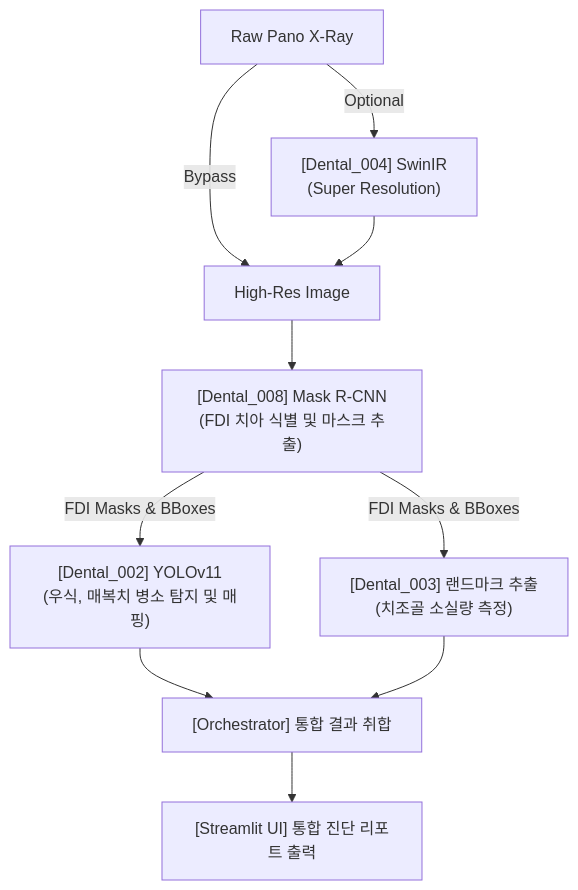
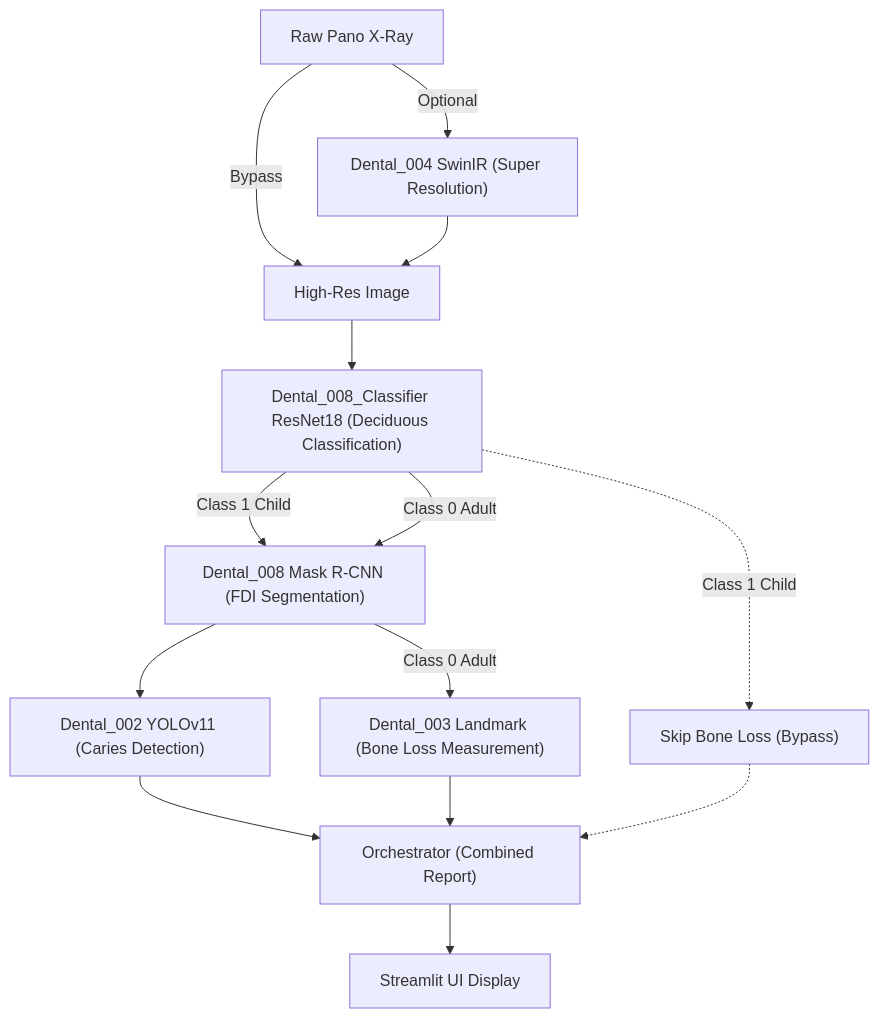
One commit to HyunchanAn/Dental_Panoramic_Reader changed the diagram in README.md. Above: the diagram before and after it, drawn with Mermaid.

````diff
--- a/README.md
+++ b/README.md
@@ -12,16 +12,22 @@
 ```mermaid
 graph TD
-    A["Raw Pano X-Ray"] -->|Optional| B["[Dental_004] SwinIR<br>(Super Resolution)"]
+    A["Raw Pano X-Ray"] -->|Optional| B["Dental_004 SwinIR (Super Resolution)"]
     A -->|Bypass| C["Base Image"]
     B --> C["High-Res Image"]
     
-    C --> D["[Dental_008] Mask R-CNN<br>(FDI 치아 식별 및 마스크 추출)"]
+    C --> P["Dental_008_Classifier ResNet18 (Deciduous Classification)"]
     
-    D -->|FDI Masks & BBoxes| E["[Dental_002] YOLOv11<br>(우식, 매복치 병소 탐지 및 매핑)"]
-    D -->|FDI Masks & BBoxes| F["[Dental_003] 랜드마크 추출<br>(치조골 소실량 측정)"]
+    P -->|Class 1 Child| D["Dental_008 Mask R-CNN (FDI Segmentation)"]
+    P -->|Class 0 Adult| D
     
-    E --> G["[Orchestrator] 통합 결과 취합"]
+    D --> E["Dental_002 YOLOv11 (Caries Detection)"]
+    
+    P -.->|Class 1 Child| SKIP["Skip Bone Loss (Bypass)"]
+    D -->|Class 0 Adult| F["Dental_003 Landmark (Bone Loss Measurement)"]
+    
+    E --> G["Orchestrator (Combined Report)"]
     F --> G
+    SKIP -.-> G
     
-    G --> H["[Streamlit UI] 통합 진단 리포트 출력"]
+    G --> H["Streamlit UI Display"]
 ```
````
